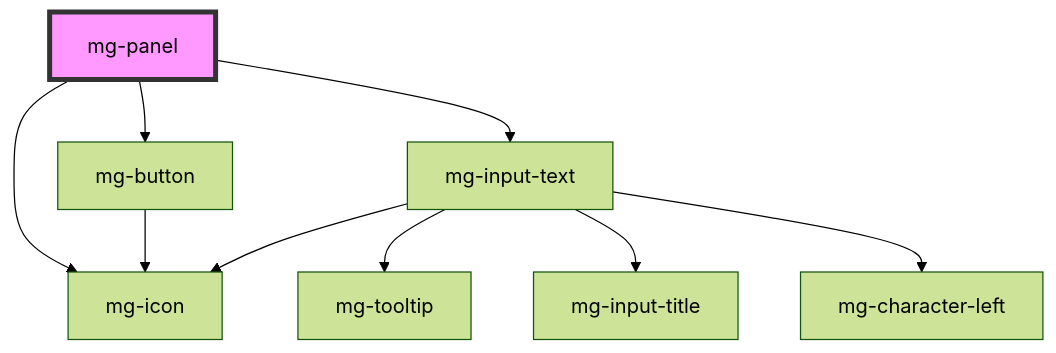
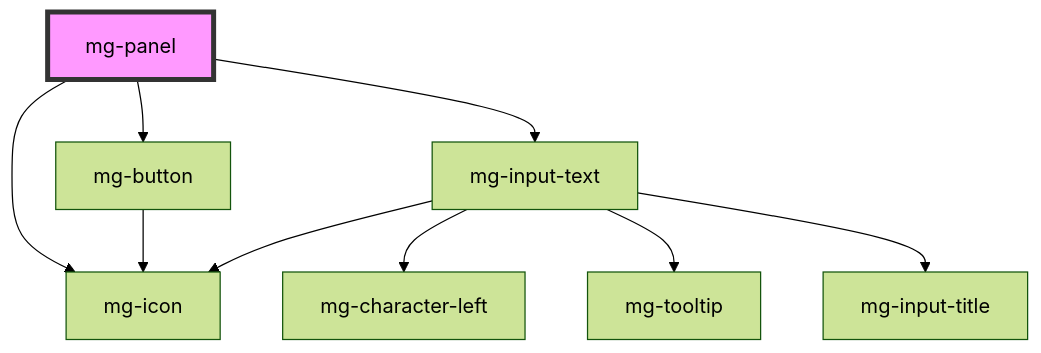
Before and after one commit to MGDIS/mg-components: the diagram in src/components/molecules/mg-panel/readme.md, drawn with Mermaid (forest theme). The commit also changed other lines of this file and 97 other files, not shown here.

````diff
--- a/src/components/molecules/mg-panel/readme.md
+++ b/src/components/molecules/mg-panel/readme.md
@@ -64,12 +64,12 @@
 ```mermaid
 graph TD;
   mg-panel --> mg-button
   mg-panel --> mg-icon
   mg-panel --> mg-input-text
   mg-button --> mg-icon
   mg-input-text --> mg-icon
+  mg-input-text --> mg-character-left
   mg-input-text --> mg-tooltip
   mg-input-text --> mg-input-title
-  mg-input-text --> mg-character-left
   style mg-panel fill:#f9f,stroke:#333,stroke-width:4px
 ```
````
